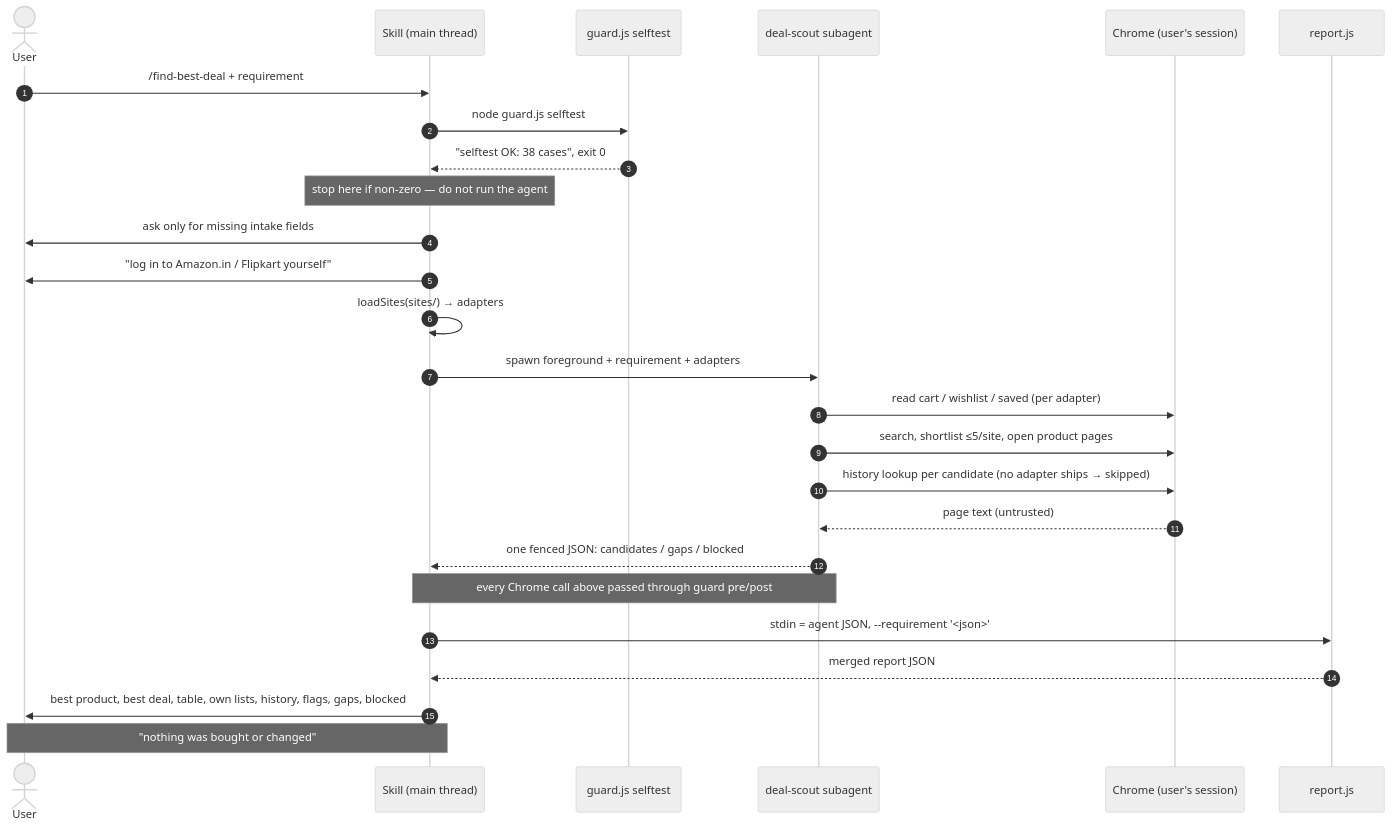
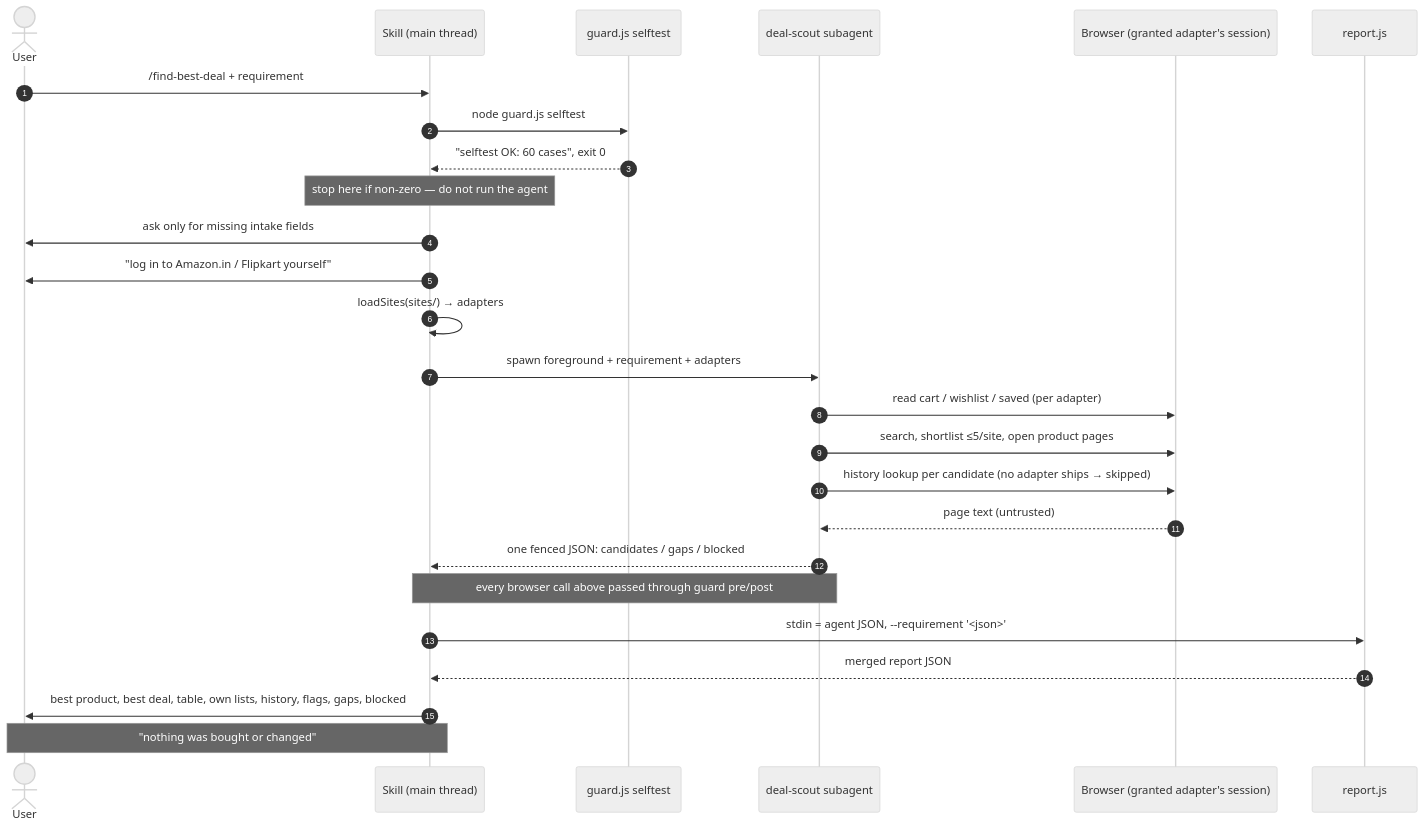
Before and after one commit to abhisheksarkar30/claude-deal-scout: the first of 6 diagrams in docs/context/workflows.md, drawn with Mermaid (neutral theme). The commit also changed other lines of this file and 8 other files, not shown here.

First line of the commit message:
docs(DS-2): refresh docs/context for the second browser adapter

````diff
--- a/docs/context/workflows.md
+++ b/docs/context/workflows.md
@@ -14,29 +14,29 @@
 ```mermaid
 sequenceDiagram
   autonumber
   actor U as User
   participant S as Skill (main thread)
   participant G as guard.js selftest
   participant A as deal-scout subagent
-  participant C as Chrome (user's session)
+  participant C as Browser (granted adapter's session)
   participant R as report.js
 
   U->>S: /find-best-deal + requirement
   S->>G: node guard.js selftest
-  G-->>S: "selftest OK: 38 cases", exit 0
+  G-->>S: "selftest OK: 60 cases", exit 0
   Note over S: stop here if non-zero — do not run the agent
   S->>U: ask only for missing intake fields
   S->>U: "log in to Amazon.in / Flipkart yourself"
   S->>S: loadSites(sites/) → adapters
   S->>A: spawn foreground + requirement + adapters
   A->>C: read cart / wishlist / saved (per adapter)
   A->>C: search, shortlist ≤5/site, open product pages
   A->>C: history lookup per candidate (no adapter ships → skipped)
   C-->>A: page text (untrusted)
   A-->>S: one fenced JSON: candidates / gaps / blocked
-  Note over S,A: every Chrome call above passed through guard pre/post
+  Note over S,A: every browser call above passed through guard pre/post
   S->>R: stdin = agent JSON, --requirement '<json>'
   R-->>S: merged report JSON
   S->>U: best product, best deal, table, own lists, history, flags, gaps, blocked
   Note over S,U: "nothing was bought or changed"
 ```
````
